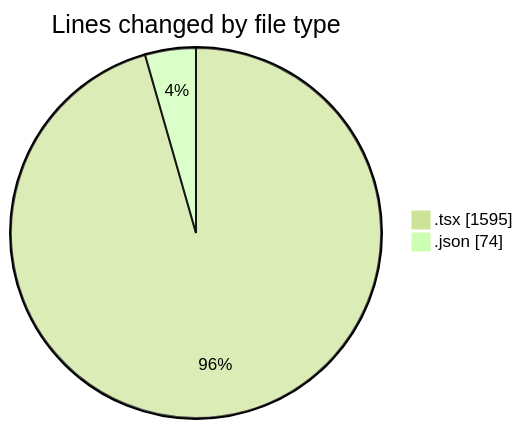
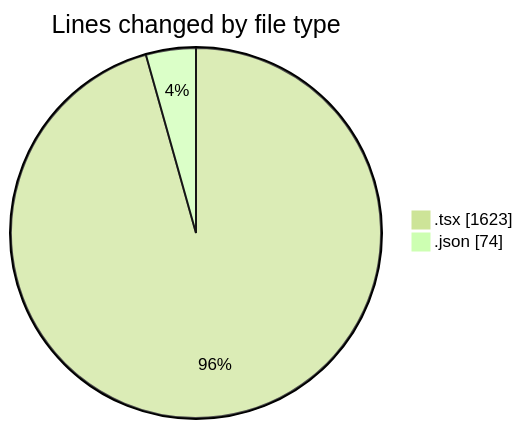
The first of 2 diagrams in 2025-04-08/cda/README.md (momahboobian/code-tracking), drawn with Mermaid (forest theme) before and after one commit. The commit also changed other lines of this file and 1 other file, not shown here.

````diff
--- a/2025-04-08/cda/README.md
+++ b/2025-04-08/cda/README.md
@@ -22,6 +22,6 @@
 ```mermaid
 pie showData
 title Lines changed by file type
-".tsx" : 1595
+".tsx" : 1623
 ".json" : 74
 ```
````
